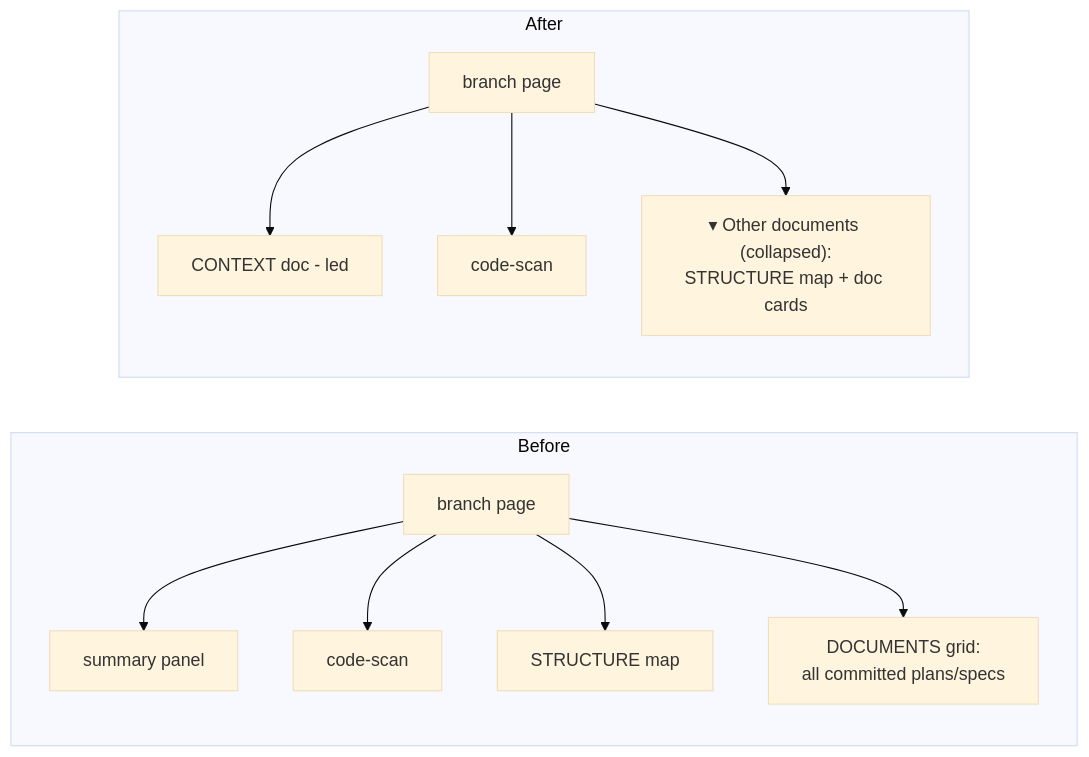
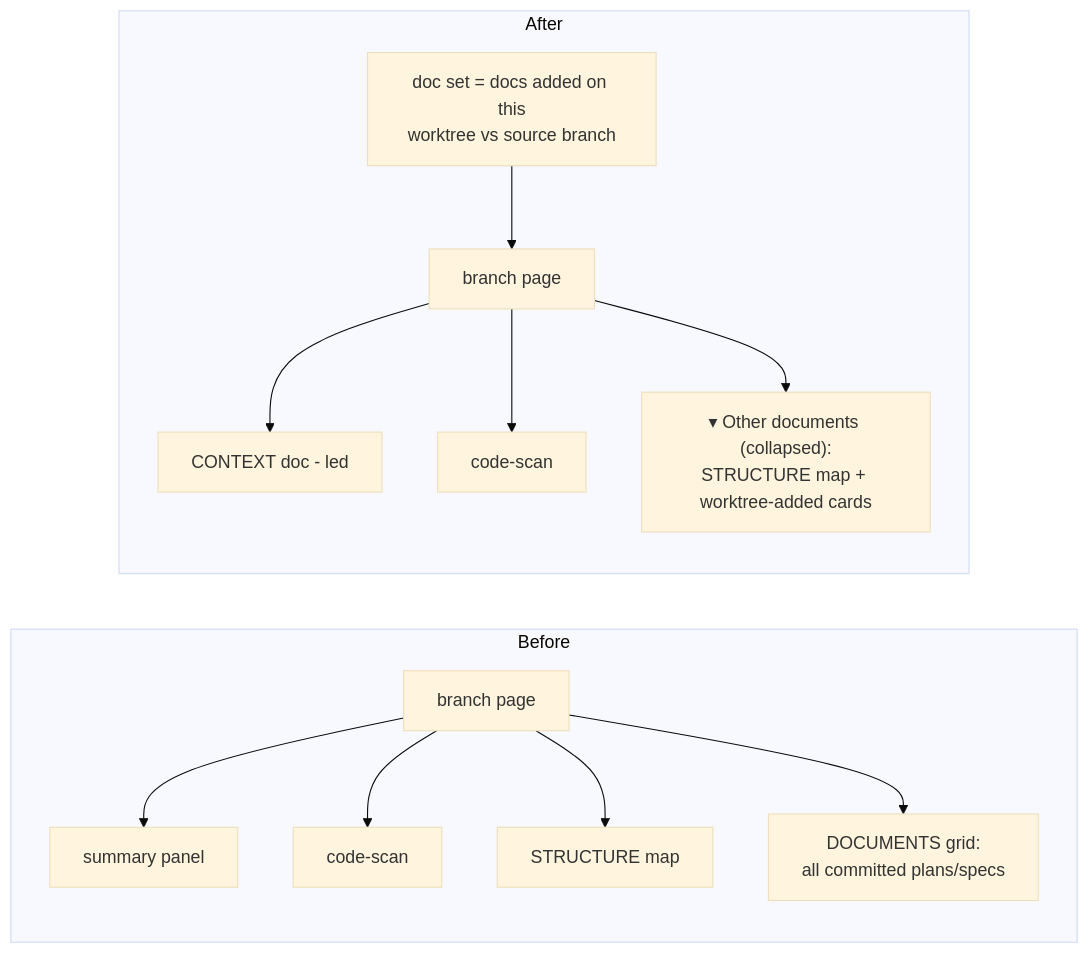
One commit to nljms/skills changed the diagram in docs/superpowers/specs/2026-06-28-worktree-scoped-docs-design.md. Above: the diagram before and after it, drawn with Mermaid (base theme). The commit also changed other lines of this file, not shown here.

Commit message:
docs: scope worktree docs to git-diff vs source branch

````diff
--- a/docs/superpowers/specs/2026-06-28-worktree-scoped-docs-design.md
+++ b/docs/superpowers/specs/2026-06-28-worktree-scoped-docs-design.md
@@ -73,14 +99,15 @@
 ```mermaid
 flowchart LR
   subgraph Before
     A1[branch page] --> A2[summary panel]
     A1 --> A3[code-scan]
     A1 --> A4[STRUCTURE map]
     A1 --> A5[DOCUMENTS grid:<br/>all committed plans/specs]
   end
   subgraph After
-    B1[branch page] --> B2[CONTEXT doc - led]
+    B0["doc set = docs added on this<br/>worktree vs source branch"] --> B1[branch page]
+    B1 --> B2[CONTEXT doc - led]
     B1 --> B3[code-scan]
-    B1 --> B4["▾ Other documents (collapsed):<br/>STRUCTURE map + doc cards"]
+    B1 --> B4["▾ Other documents (collapsed):<br/>STRUCTURE map + worktree-added cards"]
   end
 ```
````
